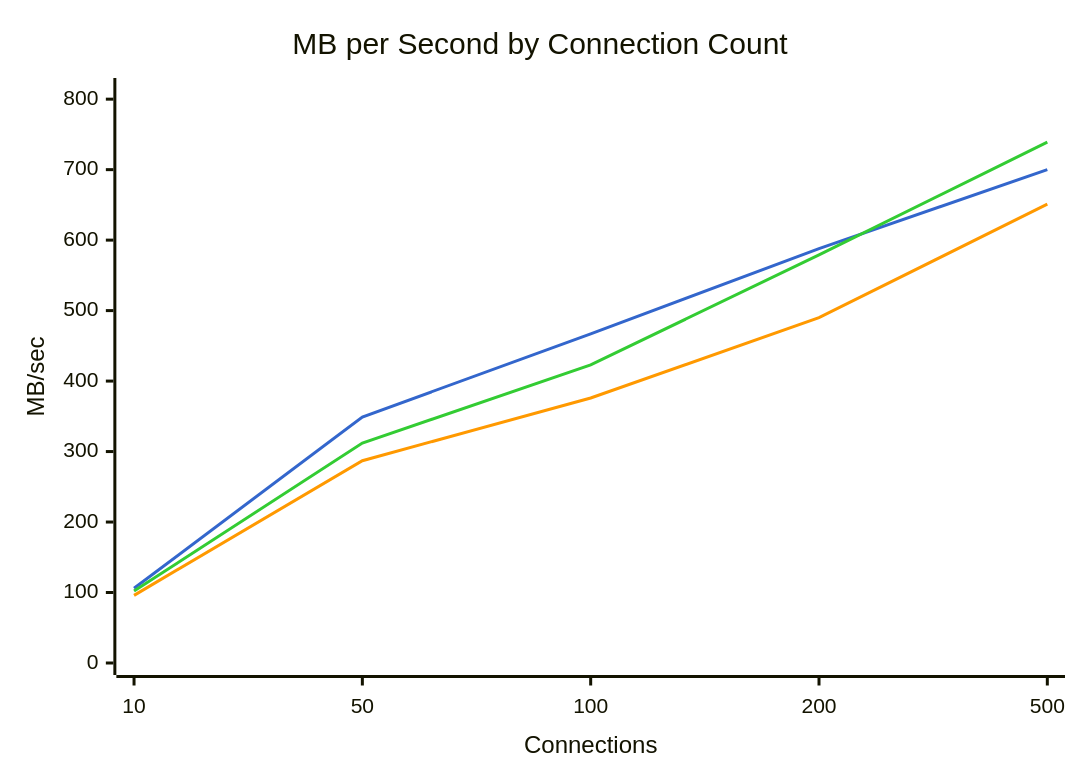
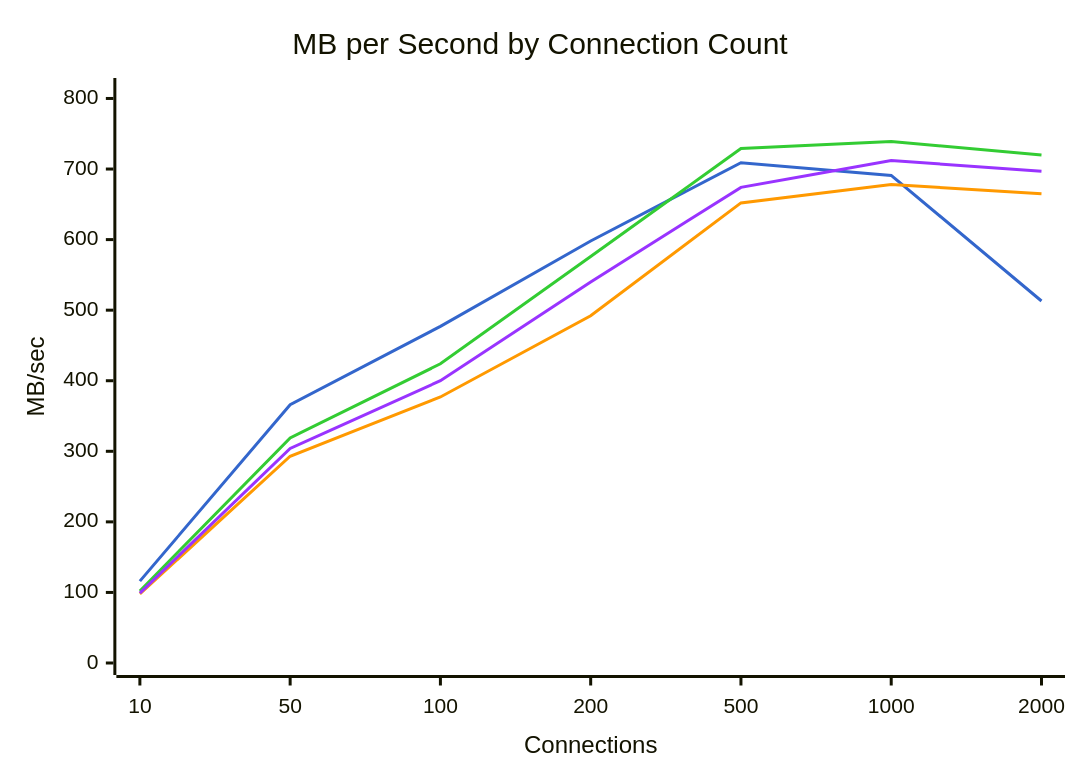
Before and after one commit to youyuanwu/bypass-misc: the second of 6 diagrams in docs/Bench/Azure/Standard_D8s_v5.md, drawn with Mermaid. The commit also changed other lines of this file and 15 other files, not shown here.

````diff
--- a/docs/Bench/Azure/Standard_D8s_v5.md
+++ b/docs/Bench/Azure/Standard_D8s_v5.md
@@ -48,15 +62,16 @@
 ```mermaid
 ---
 config:
     themeVariables:
         xyChart:
-            plotColorPalette: "#3366cc, #ff9900, #33cc33"
+            plotColorPalette: "#3366cc, #ff9900, #33cc33, #9933ff"
 ---
 xychart-beta
     title "MB per Second by Connection Count"
-    x-axis "Connections" [10, 50, 100, 200, 500]
-    y-axis "MB/sec" 0 --> 813
-    line "dpdk" [106, 349, 467, 588, 700]
-    line "tokio" [96, 287, 376, 490, 651]
-    line "tokio-local" [102, 312, 423, 579, 739]
+    x-axis "Connections" [10, 50, 100, 200, 500, 1000, 2000]
+    y-axis "MB/sec" 0 --> 812
+    line "dpdk" [116, 366, 477, 598, 709, 691, 513]
+    line "tokio" [98, 293, 377, 492, 652, 678, 665]
+    line "tokio-local" [102, 319, 424, 576, 729, 739, 720]
+    line "kimojio" [99, 304, 400, 540, 674, 712, 697]
 ```
````
